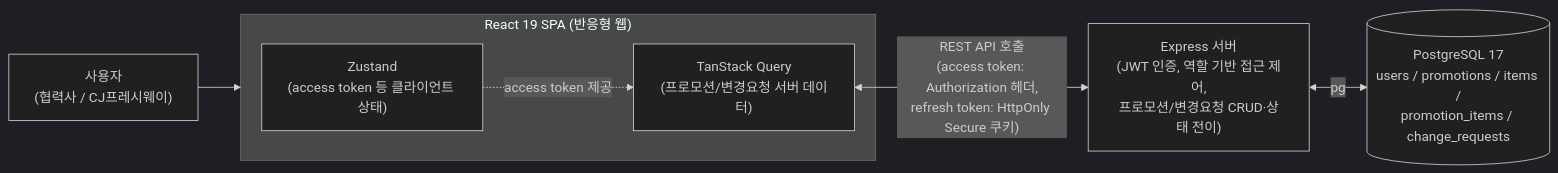
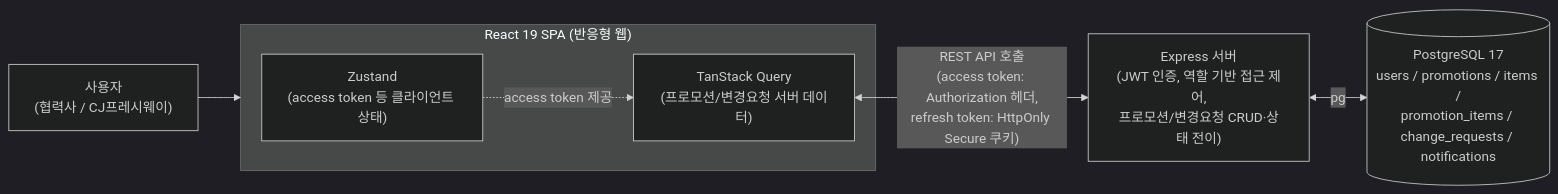
The first of 3 diagrams in docs/6-arch-diagram.md (spongood99-spec/b2b-promo), drawn with Mermaid (dark theme) before and after one commit. The commit also changed other lines of this file and 4 other files, not shown here.

````diff
--- a/docs/6-arch-diagram.md
+++ b/docs/6-arch-diagram.md
@@ -9,18 +9,18 @@
 ```mermaid
 flowchart LR
     User["사용자<br/>(협력사 / CJ프레시웨이)"]
 
     subgraph Client["React 19 SPA (반응형 웹)"]
         Zustand["Zustand<br/>(access token 등 클라이언트 상태)"]
         TanstackQuery["TanStack Query<br/>(프로모션/변경요청 서버 데이터)"]
     end
 
     Server["Express 서버<br/>(JWT 인증, 역할 기반 접근 제어,<br/>프로모션/변경요청 CRUD·상태 전이)"]
 
-    DB[("PostgreSQL 17<br/>users / promotions / items /<br/>promotion_items / change_requests")]
+    DB[("PostgreSQL 17<br/>users / promotions / items /<br/>promotion_items / change_requests / notifications")]
 
     User --> Client
     TanstackQuery <-->|"REST API 호출<br/>(access token: Authorization 헤더,<br/>refresh token: HttpOnly Secure 쿠키)"| Server
     Zustand -.->|access token 제공| TanstackQuery
     Server <-->|pg| DB
 ```
````
